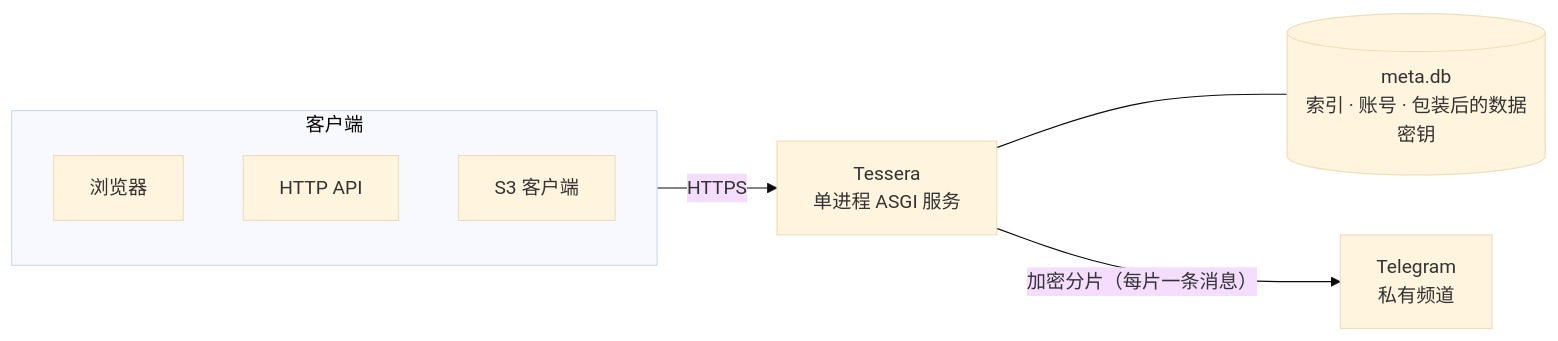
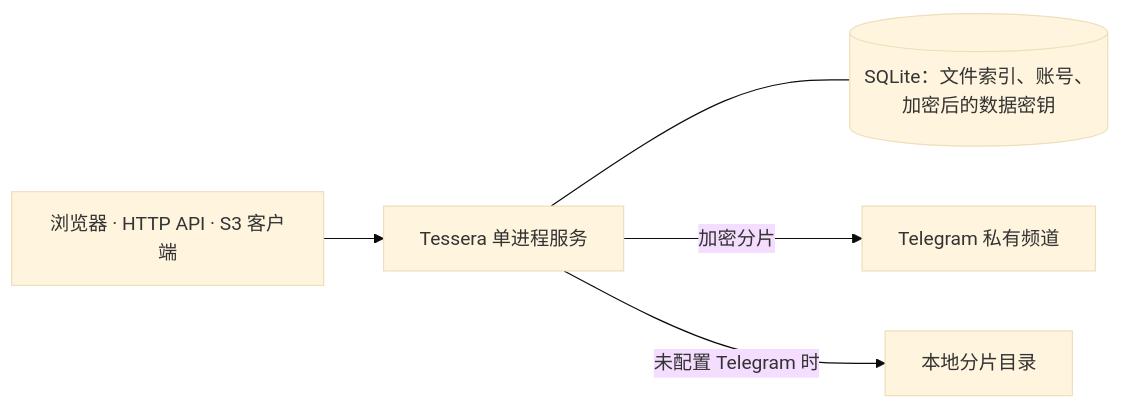
Before and after one commit to yangshoulai/tgdrive: the diagram in README.md, drawn with Mermaid (base theme). The commit also changed other lines of this file and 18 other files, not shown here.

Commit message:
docs: 优化项目 README 与功能截图

````diff
--- a/README.md
+++ b/README.md
@@ -173,11 +281,7 @@
 ```mermaid
 flowchart LR
-    subgraph clients["客户端"]
-        web["浏览器"]
-        api["HTTP API"]
-        s3["S3 客户端"]
-    end
-    clients -- HTTPS --> app["Tessera<br/>单进程 ASGI 服务"]
-    app --- db[("meta.db<br/>索引 · 账号 · 包装后的数据密钥")]
-    app -- "加密分片（每片一条消息）" --> tg["Telegram<br/>私有频道"]
+    clients["浏览器 · HTTP API · S3 客户端"] --> app["Tessera 单进程服务"]
+    app --- db[("SQLite：文件索引、账号、加密后的数据密钥")]
+    app -- "加密分片" --> tg["Telegram 私有频道"]
+    app -- "未配置 Telegram 时" --> local["本地分片目录"]
 ```
````
